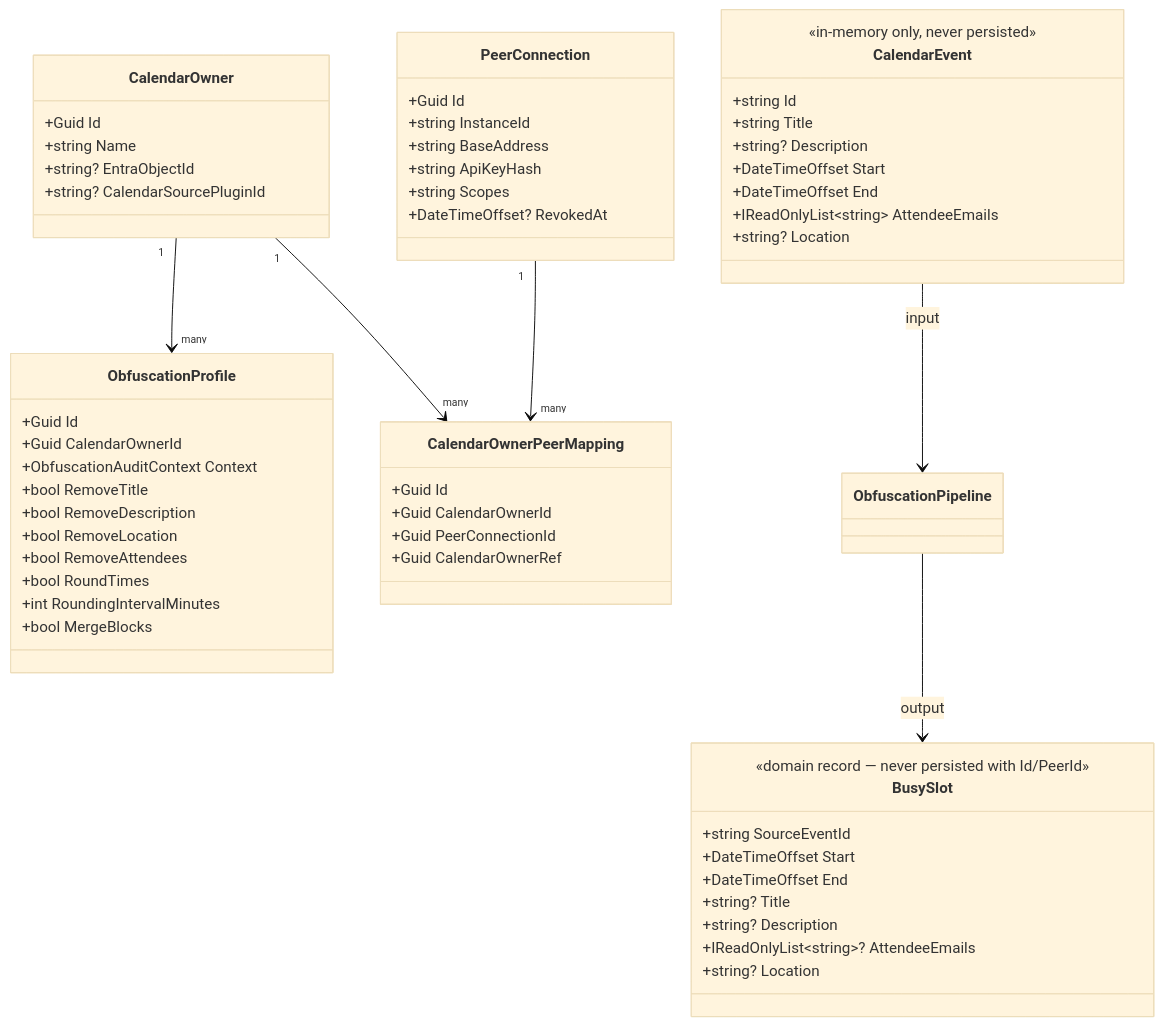
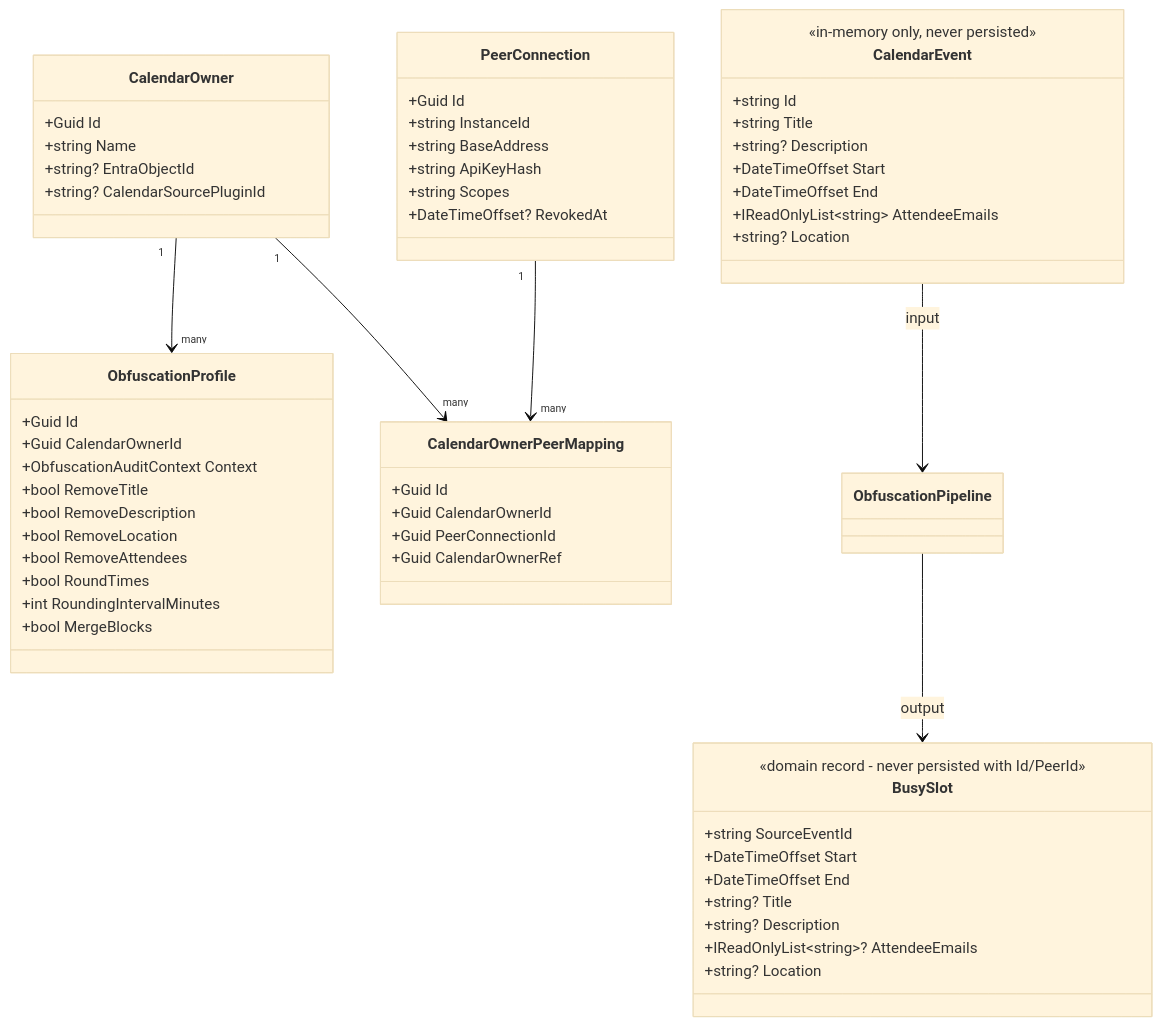
One commit to InfSupStageMG/ObfusCal changed the diagram in docs/05-building-block-view.md. Above: the diagram before and after it, drawn with Mermaid (base theme). The commit also changed other lines of this file and 32 other files, not shown here.

````diff
--- a/docs/05-building-block-view.md
+++ b/docs/05-building-block-view.md
@@ -105,61 +105,61 @@
 ```mermaid
 classDiagram
     class CalendarOwner {
         +Guid Id
         +string Name
         +string? EntraObjectId
         +string? CalendarSourcePluginId
     }
     class ObfuscationProfile {
         +Guid Id
         +Guid CalendarOwnerId
         +ObfuscationAuditContext Context
         +bool RemoveTitle
         +bool RemoveDescription
         +bool RemoveLocation
         +bool RemoveAttendees
         +bool RoundTimes
         +int RoundingIntervalMinutes
         +bool MergeBlocks
     }
     class PeerConnection {
         +Guid Id
         +string InstanceId
         +string BaseAddress
         +string ApiKeyHash
         +string Scopes
         +DateTimeOffset? RevokedAt
     }
     class CalendarOwnerPeerMapping {
         +Guid Id
         +Guid CalendarOwnerId
         +Guid PeerConnectionId
         +Guid CalendarOwnerRef
     }
     class BusySlot {
-        <<domain record — never persisted with Id/PeerId>>
+        <<domain record - never persisted with Id/PeerId>>
         +string SourceEventId
         +DateTimeOffset Start
         +DateTimeOffset End
         +string? Title
         +string? Description
         +IReadOnlyList~string~? AttendeeEmails
         +string? Location
     }
     class CalendarEvent {
         <<in-memory only, never persisted>>
         +string Id
         +string Title
         +string? Description
         +DateTimeOffset Start
         +DateTimeOffset End
         +IReadOnlyList~string~ AttendeeEmails
         +string? Location
     }
 
     CalendarOwner "1" --> "many" CalendarOwnerPeerMapping
     CalendarOwner "1" --> "many" ObfuscationProfile
     PeerConnection "1" --> "many" CalendarOwnerPeerMapping
     CalendarEvent --> ObfuscationPipeline : input
     ObfuscationPipeline --> BusySlot : output
 ```
````
